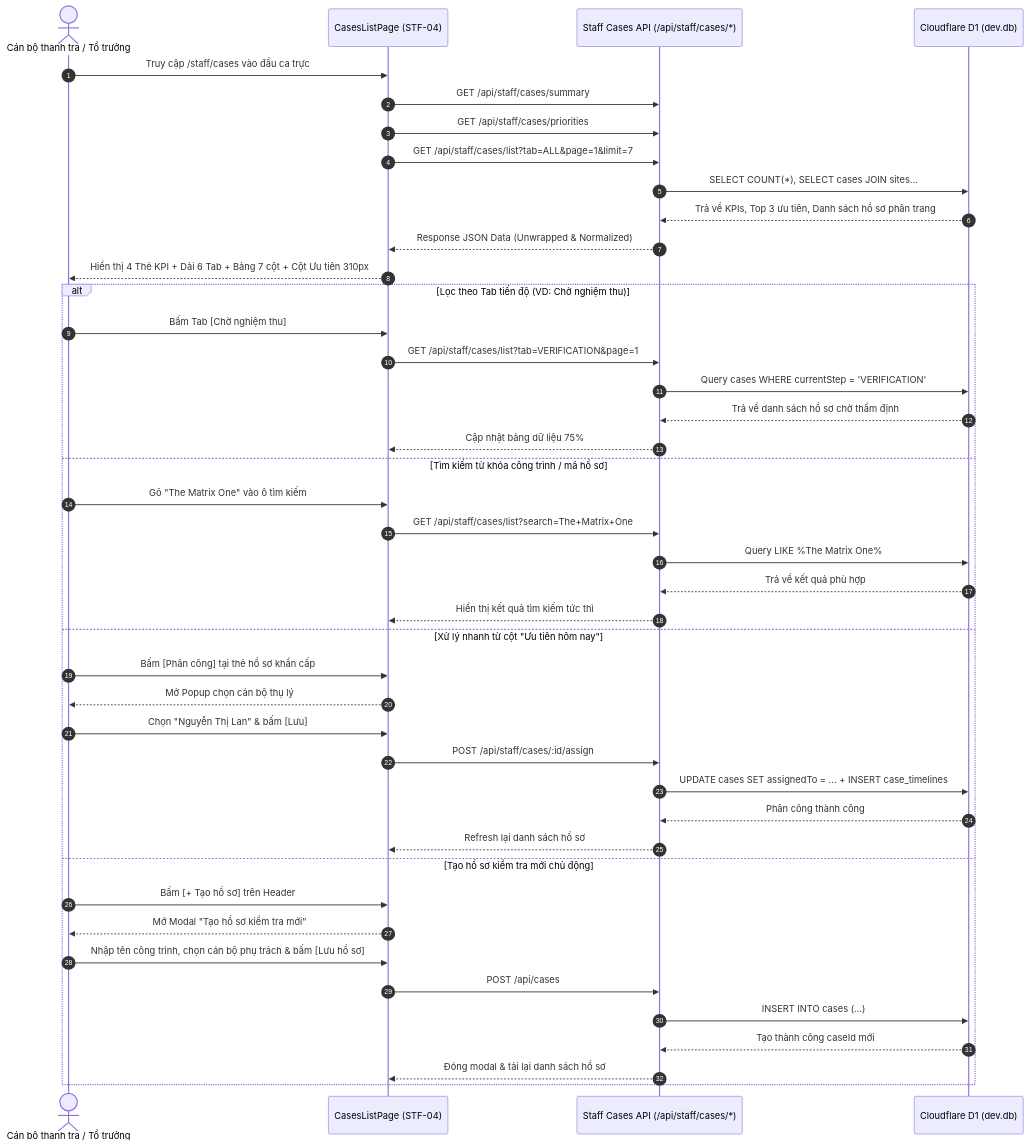
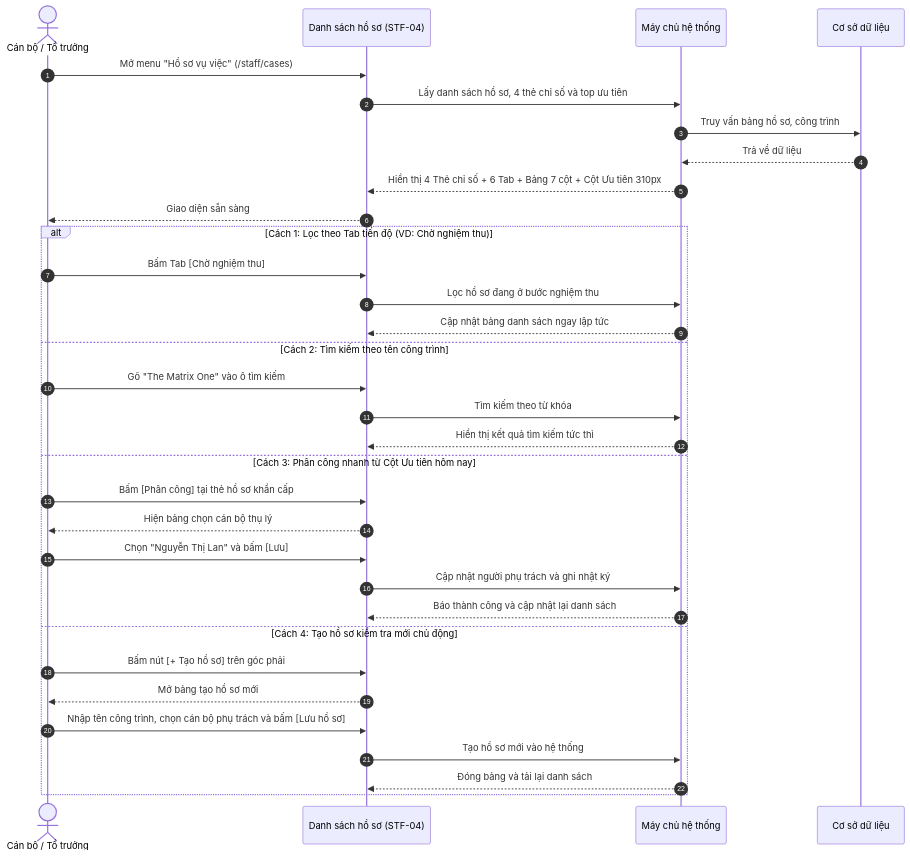
One commit to 26730023-PhamPhuNguyenHung/unicef-dustguard changed the diagram in docs/product/screens/STAFF-04-cases-list.md. Above: the diagram before and after it, drawn with Mermaid. The commit also changed other lines of this file and 30 other files, not shown here.

````diff
--- a/docs/product/screens/STAFF-04-cases-list.md
+++ b/docs/product/screens/STAFF-04-cases-list.md
@@ -62,47 +61,37 @@
 ```mermaid
 sequenceDiagram
     autonumber
-    actor Staff as Cán bộ thanh tra / Tổ trưởng
-    participant UI as CasesListPage (STF-04)
-    participant API as Staff Cases API (/api/staff/cases/*)
-    participant DB as Cloudflare D1 (dev.db)
+    actor CB as Cán bộ / Tổ trưởng
+    participant MH as Danh sách hồ sơ (STF-04)
+    participant HT as Máy chủ hệ thống
+    participant CSDL as Cơ sở dữ liệu
 
-    Staff->>UI: Truy cập /staff/cases vào đầu ca trực
-    UI->>API: GET /api/staff/cases/summary
-    UI->>API: GET /api/staff/cases/priorities
-    UI->>API: GET /api/staff/cases/list?tab=ALL&page=1&limit=7
-    API->>DB: SELECT COUNT(*), SELECT cases JOIN sites...
-    DB-->>API: Trả về KPIs, Top 3 ưu tiên, Danh sách hồ sơ phân trang
-    API-->>UI: Response JSON Data (Unwrapped & Normalized)
-    UI-->>Staff: Hiển thị 4 Thẻ KPI + Dải 6 Tab + Bảng 7 cột + Cột Ưu tiên 310px
+    CB->>MH: Mở menu "Hồ sơ vụ việc" (/staff/cases)
+    MH->>HT: Lấy danh sách hồ sơ, 4 thẻ chỉ số và top ưu tiên
+    HT->>CSDL: Truy vấn bảng hồ sơ, công trình
+    CSDL-->>HT: Trả về dữ liệu
+    HT-->>MH: Hiển thị 4 Thẻ chỉ số + 6 Tab + Bảng 7 cột + Cột Ưu tiên 310px
+    MH-->>CB: Giao diện sẵn sàng
 
-    alt Lọc theo Tab tiến độ (VD: Chờ nghiệm thu)
-        Staff->>UI: Bấm Tab [Chờ nghiệm thu]
-        UI->>API: GET /api/staff/cases/list?tab=VERIFICATION&page=1
-        API->>DB: Query cases WHERE currentStep = 'VERIFICATION'
-        DB-->>API: Trả về danh sách hồ sơ chờ thẩm định
-        API-->>UI: Cập nhật bảng dữ liệu 75%
-    else Tìm kiếm từ khóa công trình / mã hồ sơ
-        Staff->>UI: Gõ "The Matrix One" vào ô tìm kiếm
-        UI->>API: GET /api/staff/cases/list?search=The+Matrix+One
-        API->>DB: Query LIKE %The Matrix One%
-        DB-->>API: Trả về kết quả phù hợp
-        API-->>UI: Hiển thị kết quả tìm kiếm tức thì
-    else Xử lý nhanh từ cột "Ưu tiên hôm nay"
-        Staff->>UI: Bấm [Phân công] tại thẻ hồ sơ khẩn cấp
-        UI-->>Staff: Mở Popup chọn cán bộ thụ lý
-        Staff->>UI: Chọn "Nguyễn Thị Lan" & bấm [Lưu]
-        UI->>API: POST /api/staff/cases/:id/assign
-        API->>DB: UPDATE cases SET assignedTo = ... + INSERT case_timelines
-        DB-->>API: Phân công thành công
-        API-->>UI: Refresh lại danh sách hồ sơ
-    else Tạo hồ sơ kiểm tra mới chủ động
-        Staff->>UI: Bấm [+ Tạo hồ sơ] trên Header
-        UI-->>Staff: Mở Modal "Tạo hồ sơ kiểm tra mới"
-        Staff->>UI: Nhập tên công trình, chọn cán bộ phụ trách & bấm [Lưu hồ sơ]
-        UI->>API: POST /api/cases
-        API->>DB: INSERT INTO cases (...)
-        DB-->>API: Tạo thành công caseId mới
-        API-->>UI: Đóng modal & tải lại danh sách hồ sơ
+    alt Cách 1: Lọc theo Tab tiến độ (VD: Chờ nghiệm thu)
+        CB->>MH: Bấm Tab [Chờ nghiệm thu]
+        MH->>HT: Lọc hồ sơ đang ở bước nghiệm thu
+        HT-->>MH: Cập nhật bảng danh sách ngay lập tức
+    else Cách 2: Tìm kiếm theo tên công trình
+        CB->>MH: Gõ "The Matrix One" vào ô tìm kiếm
+        MH->>HT: Tìm kiếm theo từ khóa
+        HT-->>MH: Hiển thị kết quả tìm kiếm tức thì
+    else Cách 3: Phân công nhanh từ Cột Ưu tiên hôm nay
+        CB->>MH: Bấm [Phân công] tại thẻ hồ sơ khẩn cấp
+        MH-->>CB: Hiện bảng chọn cán bộ thụ lý
+        CB->>MH: Chọn "Nguyễn Thị Lan" và bấm [Lưu]
+        MH->>HT: Cập nhật người phụ trách và ghi nhật ký
+        HT-->>MH: Báo thành công và cập nhật lại danh sách
+    else Cách 4: Tạo hồ sơ kiểm tra mới chủ động
+        CB->>MH: Bấm nút [+ Tạo hồ sơ] trên góc phải
+        MH-->>CB: Mở bảng tạo hồ sơ mới
+        CB->>MH: Nhập tên công trình, chọn cán bộ phụ trách và bấm [Lưu hồ sơ]
+        MH->>HT: Tạo hồ sơ mới vào hệ thống
+        HT-->>MH: Đóng bảng và tải lại danh sách
     end
 ```
````
